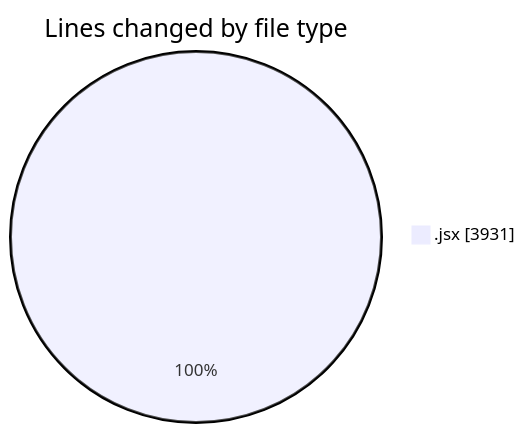
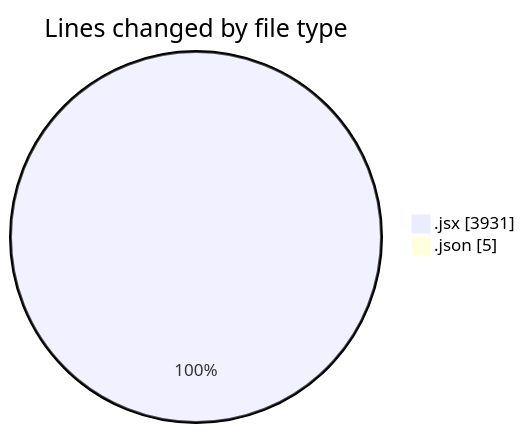
The first of 2 diagrams in 2025-11-18/nxtqube_webapp/README.md (nxtqubesakshisongat/code-tracking), drawn with Mermaid before and after one commit. The commit also changed other lines of this file and 1 other file, not shown here.

````diff
--- a/2025-11-18/nxtqube_webapp/README.md
+++ b/2025-11-18/nxtqube_webapp/README.md
@@ -23,5 +24,6 @@
 ```mermaid
 pie showData
 title Lines changed by file type
 ".jsx" : 3931
+".json" : 5
 ```
````
